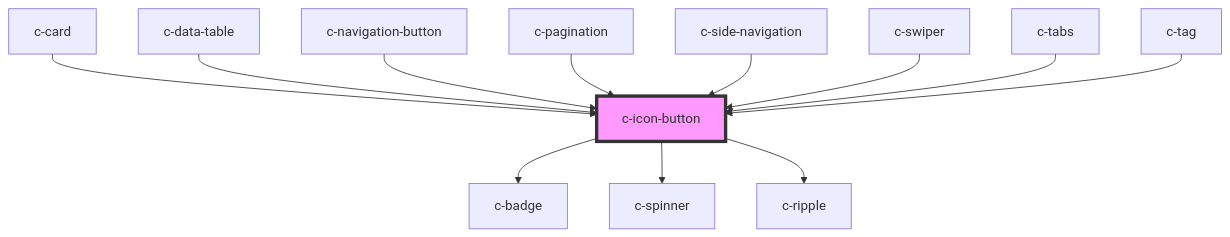
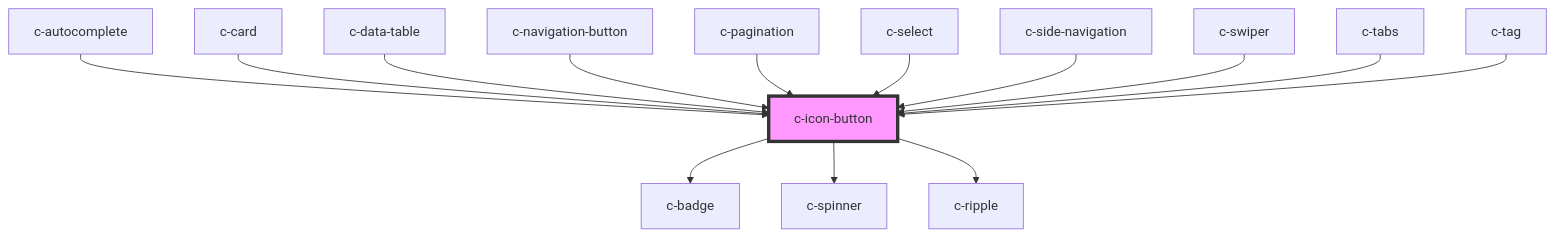
One commit to CSCfi/ui changed the diagram in packages/csc-ui/src/components/c-icon-button/readme.md. Above: the diagram before and after it, drawn with Mermaid. The commit also changed other lines of this file and 81 other files, not shown here.

Commit message:
Feat: c-autocomplete, c-select: Improved usability in mobile browsers.

````diff
--- a/packages/csc-ui/src/components/c-icon-button/readme.md
+++ b/packages/csc-ui/src/components/c-icon-button/readme.md
@@ -164,15 +166,17 @@
 ```mermaid
 graph TD;
   c-icon-button --> c-badge
   c-icon-button --> c-spinner
   c-icon-button --> c-ripple
+  c-autocomplete --> c-icon-button
   c-card --> c-icon-button
   c-data-table --> c-icon-button
   c-navigation-button --> c-icon-button
   c-pagination --> c-icon-button
+  c-select --> c-icon-button
   c-side-navigation --> c-icon-button
   c-swiper --> c-icon-button
   c-tabs --> c-icon-button
   c-tag --> c-icon-button
   style c-icon-button fill:#f9f,stroke:#333,stroke-width:4px
 ```
````
